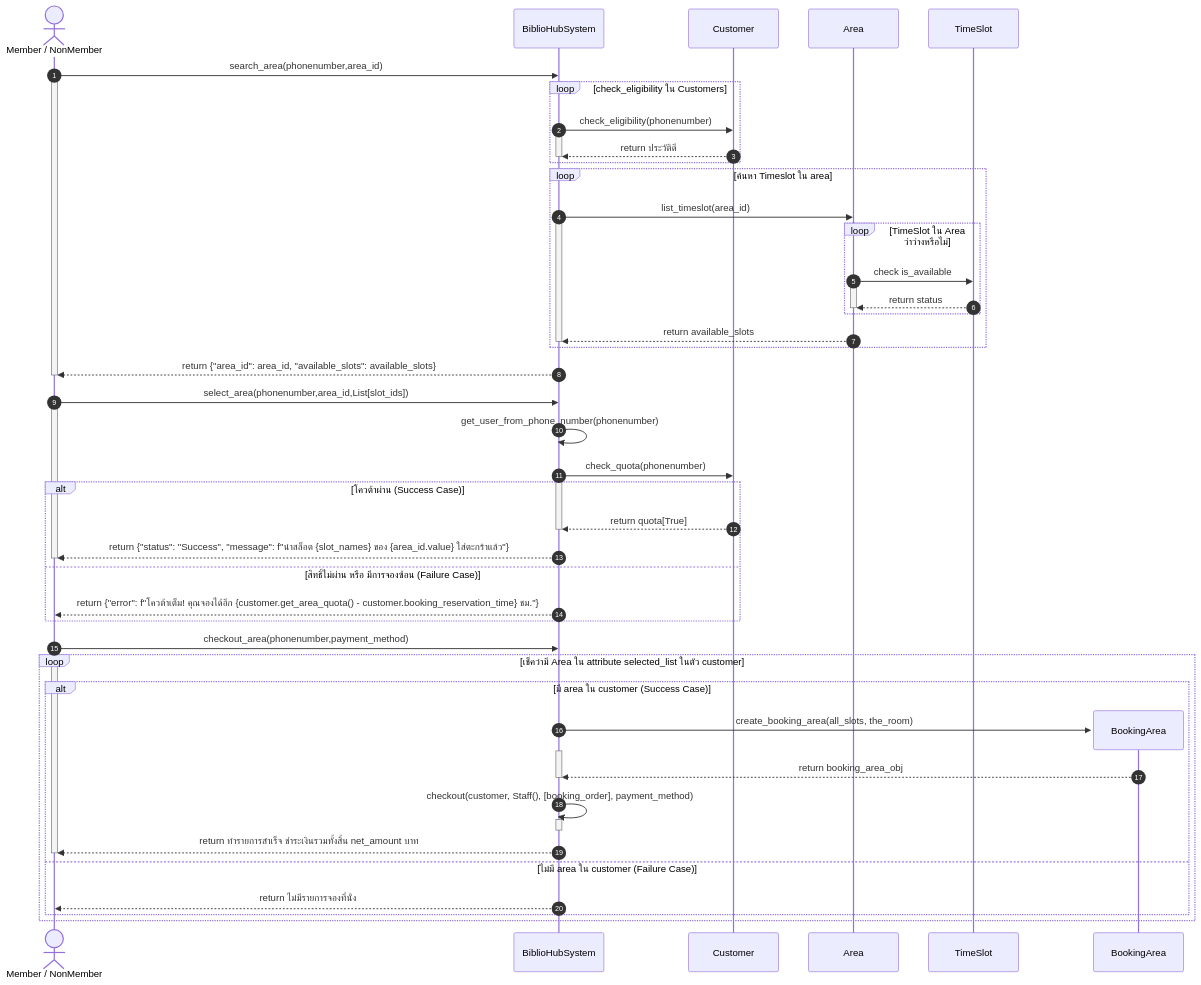
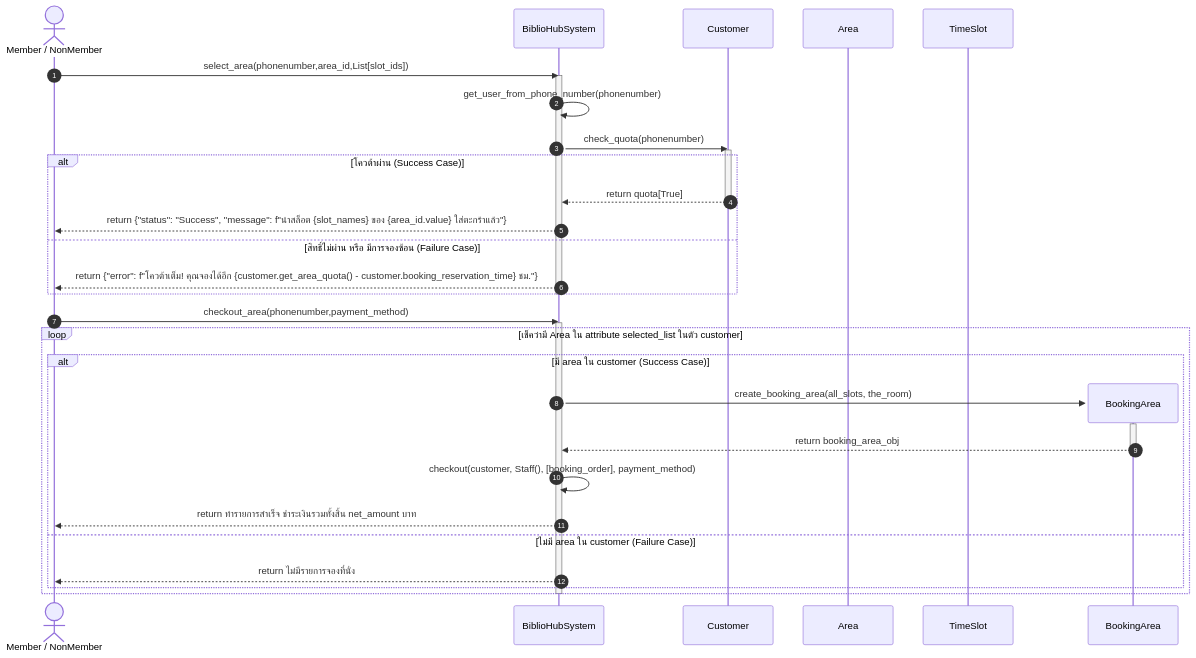
The diagram in mermaid/seq_booking_area.mmd (NadtaphumBadkhunthod/OOP), drawn with Mermaid before and after one commit. The commit also changed 1 other file, not shown here.

Commit message:
add seq_search_area and edit seq_booking_area

```diff
--- a/mermaid/seq_booking_area.mmd
+++ b/mermaid/seq_booking_area.mmd
@@ -1,67 +1,44 @@
 sequenceDiagram
     autonumber
     actor Customer as Member / NonMember
     participant System as BiblioHubSystem
     participant Customers as Customer
     
     participant AreaObj as Area
     participant Slot as TimeSlot    
 
-    Customer->>System: search_area(phonenumber,area_id)
-    activate Customer
-    loop check_eligibility ใน Customers
-        System->>Customers: check_eligibility(phonenumber)
-        activate System
-        Customers-->>System: return ประวัติดี
-        deactivate System
-    end
-    loop ค้นหา Timeslot ใน area
-        System->>AreaObj: list_timeslot(area_id)
-        activate System
-        loop  TimeSlot ใน Area ว่าว่างหรือไม่
-            AreaObj->>Slot: check is_available
-            activate AreaObj
-            Slot-->>AreaObj: return status
-            deactivate AreaObj
-        end
-        AreaObj-->>System: return available_slots
-        deactivate System
-        
-    end
-
-    System-->>Customer: return {"area_id": area_id, "available_slots": available_slots}
-    deactivate Customer
-
     %% Select Area and Slot
     Customer->>System: select_area(phonenumber,area_id,List[slot_ids])
-    activate Customer
+    activate System
     System->>System: get_user_from_phone_number(phonenumber)
+    
     System->>Customers: check_quota(phonenumber)
-    activate System
+    activate Customers
+    
     alt โควต้าผ่าน (Success Case)
         Customers-->>System: return quota[True]
-        deactivate System
+        deactivate Customers
         System-->>Customer: return {"status": "Success", "message": f"นำสล็อต {slot_names} ของ {area_id.value} ใส่ตะกร้าแล้ว"}
-        deactivate Customer
     else สิทธิ์ไม่ผ่าน หรือ มีการจองซ้อน (Failure Case)
         System-->>Customer: return {"error": f"โควต้าเต็ม! คุณจองได้อีก {customer.get_area_quota() - customer.booking_reservation_time} ชม."}
-        
     end
+    deactivate System
+
+    %% Checkout Area
     Customer->>System: checkout_area(phonenumber,payment_method)
-    activate Customer
+    activate System
     loop เช็คว่ามี Area ใน attribute selected_list ในตัว customer
         alt มี area ใน customer (Success Case)
             create participant BArea as BookingArea
-            System->>BArea:create_booking_area(all_slots, the_room)
-            activate System
-            BArea -->>System:return booking_area_obj
-            deactivate System
-            System->>System:checkout(customer, Staff(), [booking_order], payment_method)
-            activate System
-            deactivate System
-            System-->>Customer:return ทำรายการสำเร็จ ชำระเงินรวมทั้งสิ้น net_amount บาท
-            deactivate Customer
+            System->>BArea: create_booking_area(all_slots, the_room)
+            activate BArea
+            BArea -->>System: return booking_area_obj
+            deactivate BArea
+            
+            System->>System: checkout(customer, Staff(), [booking_order], payment_method)
+            System-->>Customer: return ทำรายการสำเร็จ ชำระเงินรวมทั้งสิ้น net_amount บาท
         else ไม่มี area ใน customer (Failure Case)
             System-->>Customer: return ไม่มีรายการจองที่นั่ง
         end
     end
+    deactivate System
```
